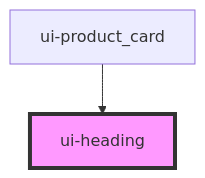
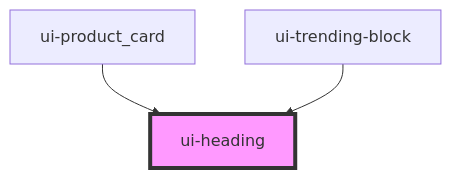
One commit to ankitghanekar-hcl/ui-shared-web-components changed the diagram in src/components/ui-heading/readme.md. Above: the diagram before and after it, drawn with Mermaid. The commit also changed other lines of this file and 5 other files, not shown here.

````diff
--- a/src/components/ui-heading/readme.md
+++ b/src/components/ui-heading/readme.md
@@ -20,5 +21,6 @@
 ```mermaid
 graph TD;
   ui-product_card --> ui-heading
+  ui-trending-block --> ui-heading
   style ui-heading fill:#f9f,stroke:#333,stroke-width:4px
 ```
````
